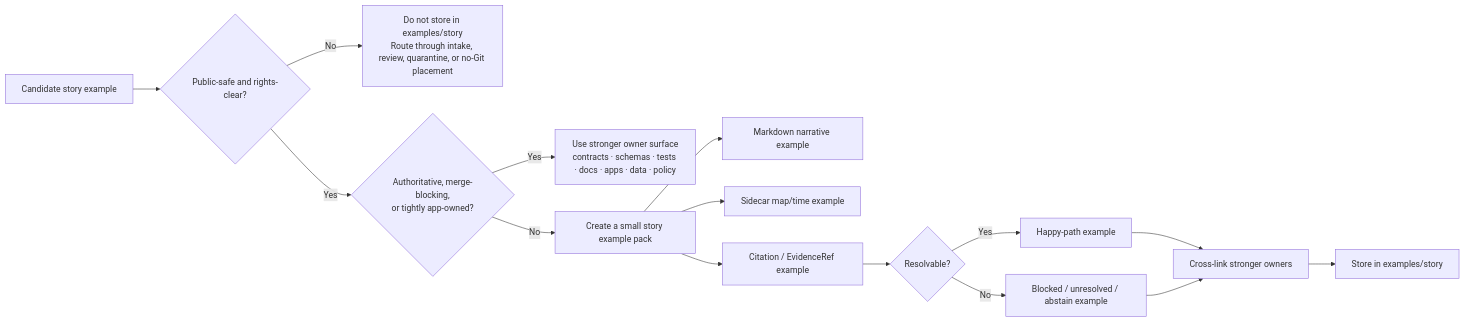
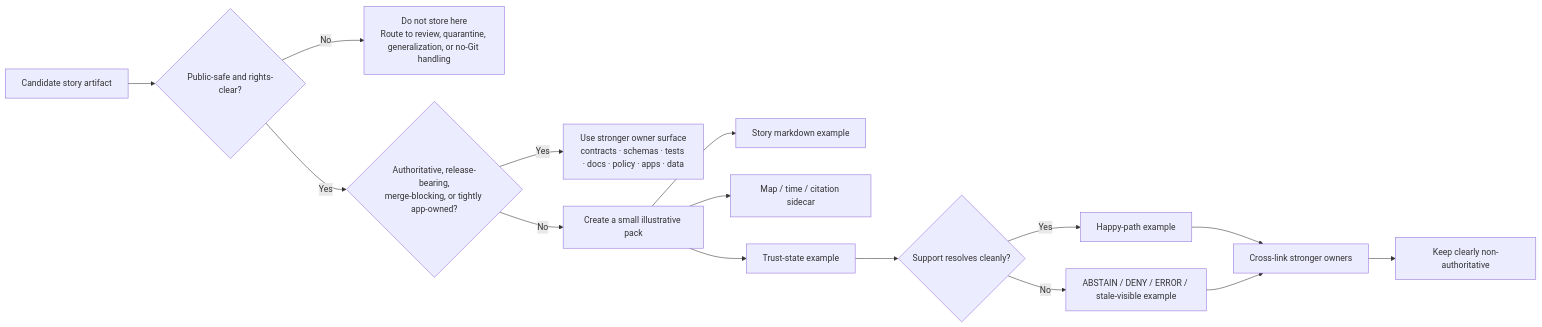
One commit to bartytime4life/Kansas-Frontier-Matrix changed the diagram in examples/story/README.md. Above: the diagram before and after it, drawn with Mermaid. The commit also changed other lines of this file, not shown here.

First line of the commit message:
Revise README for story-example lane clarity

````diff
--- a/examples/story/README.md
+++ b/examples/story/README.md
@@ -256,17 +304,17 @@
 ```mermaid
 flowchart LR
-    A[Candidate story example] --> B{Public-safe and rights-clear?}
-    B -- No --> X[Do not store in examples/story<br/>Route through intake, review, quarantine, or no-Git placement]
-    B -- Yes --> C{Authoritative, merge-blocking,<br/>or tightly app-owned?}
-    C -- Yes --> Y[Use stronger owner surface<br/>contracts · schemas · tests · docs · apps · data · policy]
-    C -- No --> D[Create a small story example pack]
-    D --> E[Markdown narrative example]
-    D --> F[Sidecar map/time example]
-    D --> G[Citation / EvidenceRef example]
-    G --> H{Resolvable?}
+    A[Candidate story artifact] --> B{Public-safe and rights-clear?}
+    B -- No --> X[Do not store here<br/>Route to review, quarantine, generalization, or no-Git handling]
+    B -- Yes --> C{Authoritative, release-bearing,<br/>merge-blocking, or tightly app-owned?}
+    C -- Yes --> Y[Use stronger owner surface<br/>contracts · schemas · tests · docs · policy · apps · data]
+    C -- No --> D[Create a small illustrative pack]
+    D --> E[Story markdown example]
+    D --> F[Map / time / citation sidecar]
+    D --> G[Trust-state example]
+    G --> H{Support resolves cleanly?}
     H -- Yes --> I[Happy-path example]
-    H -- No --> J[Blocked / unresolved / abstain example]
+    H -- No --> J[ABSTAIN / DENY / ERROR / stale-visible example]
     I --> K[Cross-link stronger owners]
     J --> K
-    K --> L[Store in examples/story]
+    K --> L[Keep clearly non-authoritative]
 ```
````
